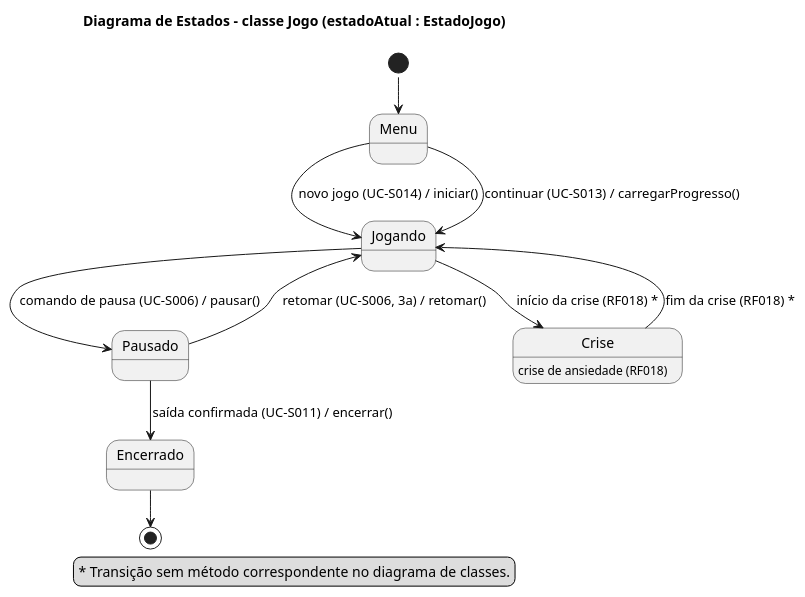
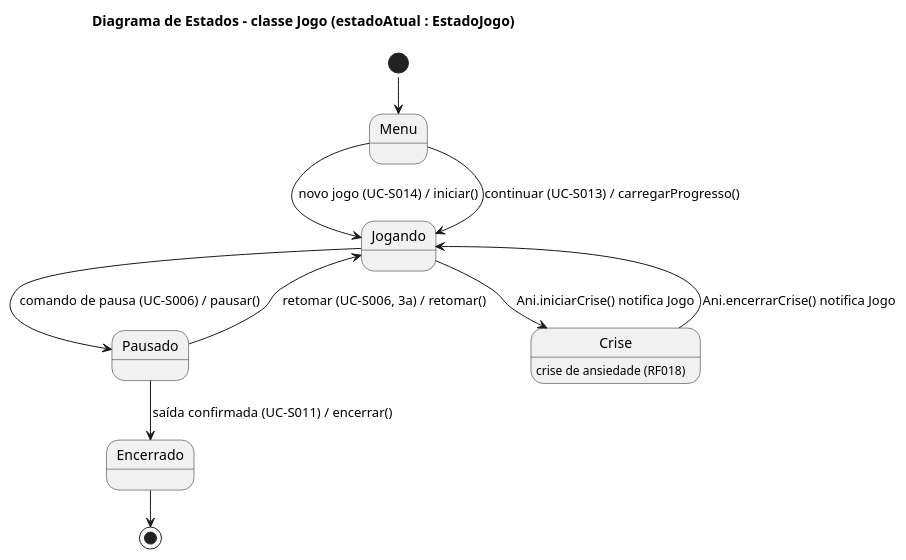
The diagram in docs/diagramas/estados-jogo.puml (omatheusfaria/Ani), drawn with PlantUML before and after one commit. The commit also changed 4 other files, not shown here.

Commit message:
Acrescenta a Ani os métodos iniciarCrise() e encerrarCrise(), que notificam Jogo (item 60, decisão 2)

```diff
--- a/docs/diagramas/estados-jogo.puml
+++ b/docs/diagramas/estados-jogo.puml
@@ -1,24 +1,21 @@
 @startuml estados-jogo
 !pragma layout smetana
 title Diagrama de Estados – classe Jogo (estadoAtual : EstadoJogo)
 
 state "Menu" as Menu
 state "Jogando" as Jogando
 state "Pausado" as Pausado
 state "Crise" as Crise : crise de ansiedade (RF018)
 state "Encerrado" as Encerrado
 
 [*] --> Menu
 Menu --> Jogando : novo jogo (UC-S014) / iniciar()
 Menu --> Jogando : continuar (UC-S013) / carregarProgresso()
 Jogando --> Pausado : comando de pausa (UC-S006) / pausar()
 Pausado --> Jogando : retomar (UC-S006, 3a) / retomar()
-Jogando --> Crise : início da crise (RF018) *
-Crise --> Jogando : fim da crise (RF018) *
+Jogando --> Crise : Ani.iniciarCrise() notifica Jogo
+Crise --> Jogando : Ani.encerrarCrise() notifica Jogo
 Pausado --> Encerrado : saída confirmada (UC-S011) / encerrar()
 Encerrado --> [*]
 
-legend bottom
-  ~* Transição sem método correspondente no diagrama de classes.
-endlegend
 @enduml
```
